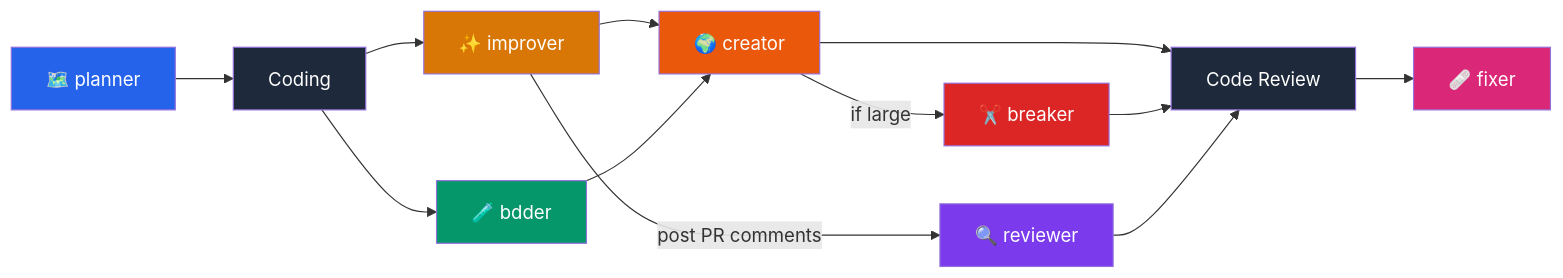
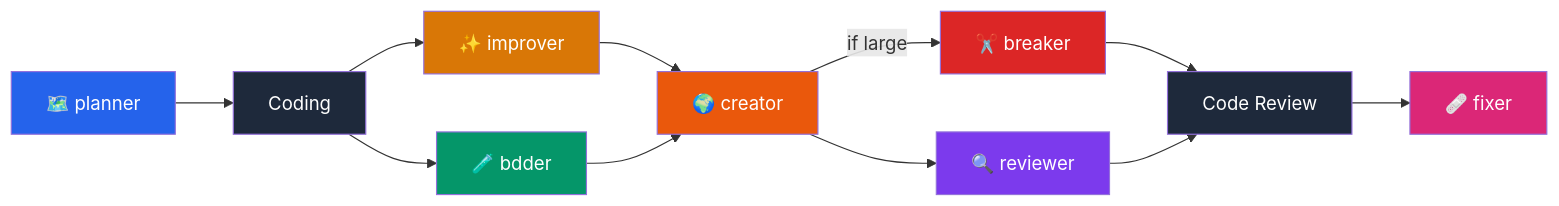
Before and after one commit to Victorcorcos/skills: the diagram in README.md, drawn with Mermaid.

````diff
--- a/README.md
+++ b/README.md
@@ -53,24 +53,23 @@
 ```mermaid
 flowchart LR
     A[🗺️ planner] --> B[Coding]
     B --> C[✨ improver]
     B --> D[🧪 bdder]
     C --> E[🌍 creator]
     D --> E[🌍 creator]
-    E --> F[Code Review]
+    E --> I[🔍 reviewer]
     E -->|if large| G[✂️ breaker]
-    G --> F
-    C -->|post PR comments| I[🔍 reviewer]
+    G --> F[Code Review]
     I --> F
     F --> H[🩹 fixer]
 
     style A fill:#2563EB,color:#fff
     style C fill:#D97706,color:#fff
     style D fill:#059669,color:#fff
     style E fill:#EA580C,color:#fff
     style F fill:#1e293b,color:#fff
     style G fill:#DC2626,color:#fff
     style H fill:#DB2777,color:#fff
     style I fill:#7C3AED,color:#fff
     style B fill:#1e293b,color:#fff
 ```
````
